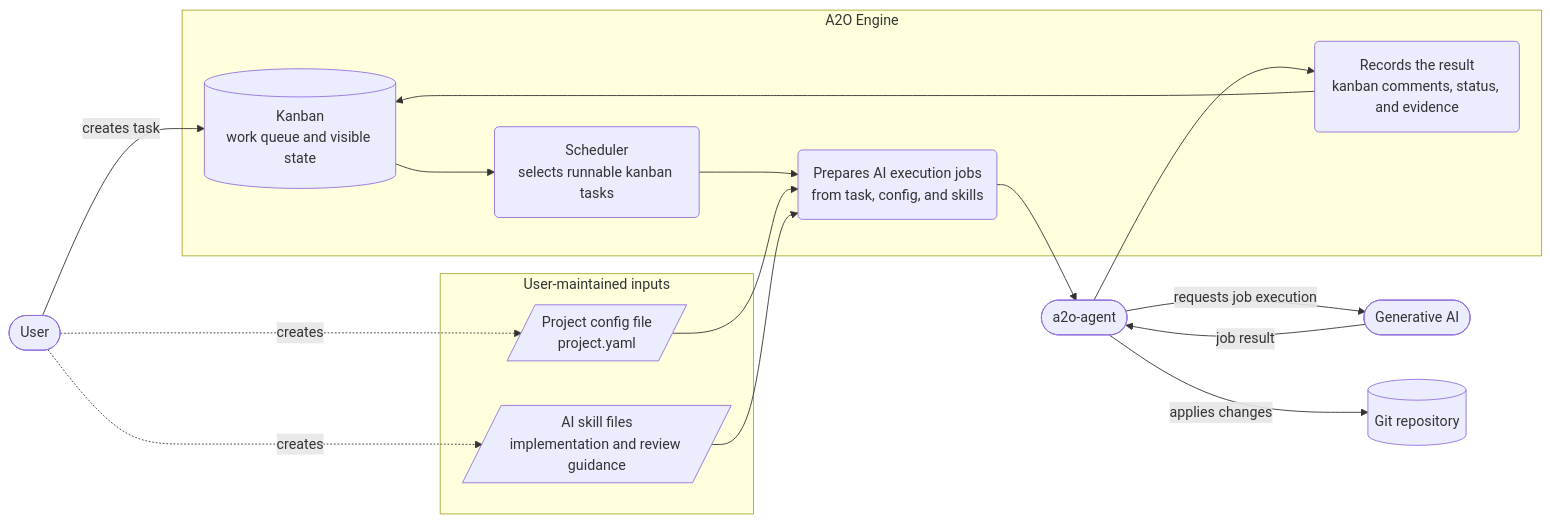
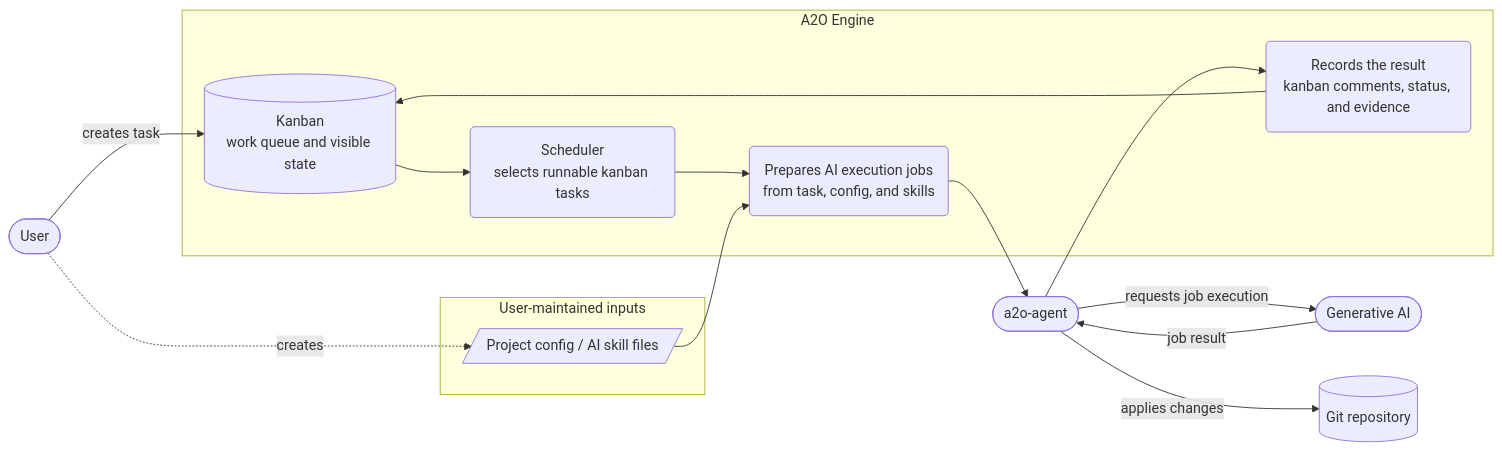
The diagram in docs/en/dev/00-design-map.md (wamukat/a2o), drawn with Mermaid before and after one commit. The commit also changed other lines of this file and 1 other file, not shown here.

Commit message:
A2O#88 Consolidate project input node

````diff
--- a/docs/en/dev/00-design-map.md
+++ b/docs/en/dev/00-design-map.md
@@ -14,34 +14,31 @@
 ```mermaid
 flowchart LR
   User([User])
   Agent([a2o-agent])
   AI([Generative AI])
 
   subgraph Inputs["User-maintained inputs"]
-    ProjectConfig[/Project config file\nproject.yaml/]
-    SkillFiles[/AI skill files\nimplementation and review guidance/]
+    ProjectInputs[/Project config / AI skill files/]
   end
 
   subgraph Engine["A2O Engine"]
     Kanban[(Kanban\nwork queue and visible state)]
     Scheduler(Scheduler\nselects runnable kanban tasks)
     Prepare(Prepares AI execution jobs\nfrom task, config, and skills)
     Report(Records the result\nkanban comments, status, and evidence)
   end
 
   Repository[(Git repository)]
 
   User -->|"creates task"| Kanban
-  User -.->|"creates"| ProjectConfig
-  User -.->|"creates"| SkillFiles
+  User -.->|"creates"| ProjectInputs
   Kanban --> Scheduler
   Scheduler --> Prepare
-  ProjectConfig --> Prepare
-  SkillFiles --> Prepare
+  ProjectInputs --> Prepare
   Prepare --> Agent
   Agent -->|"requests job execution"| AI
   AI -->|"job result"| Agent
   Agent -->|"applies changes"| Repository
   Agent --> Report
   Report --> Kanban
 ```
````
